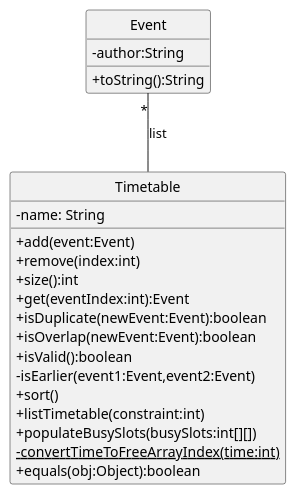
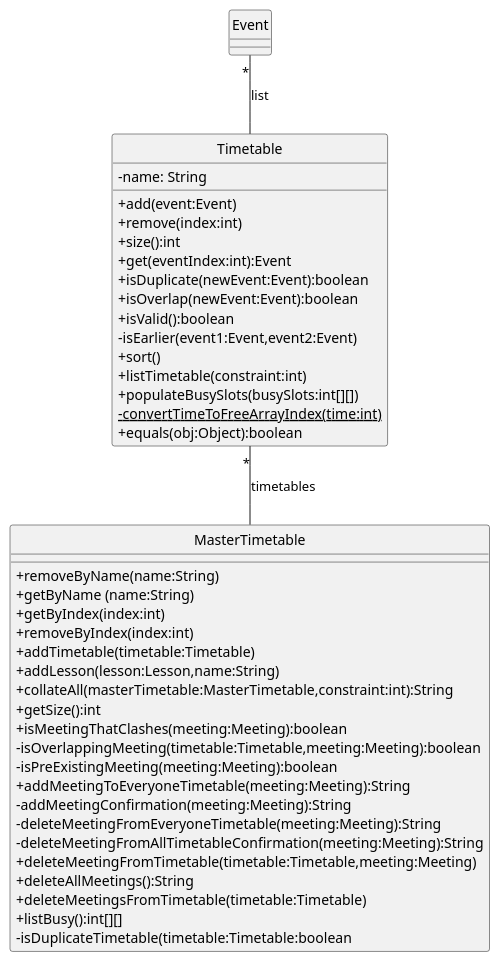
Before and after one commit to nus-cs2113-AY2122S2/tp: the diagram in docs/diagrams/Timetable.puml, drawn with PlantUML. The commit also changed 2 other files, not shown here.

Commit message:
Add class diagram for mastertimetable Edit messages to comply with standards

```diff
--- a/docs/diagrams/Timetable.puml
+++ b/docs/diagrams/Timetable.puml
@@ -1,30 +1,51 @@
 @startuml
 hide circle
 skinparam classAttributeIconSize 0
 
 class Timetable {
     -name: String
     +add(event:Event)
     +remove(index:int)
     +size():int
     +get(eventIndex:int):Event
     +isDuplicate(newEvent:Event):boolean
     +isOverlap(newEvent:Event):boolean
     +isValid():boolean
     -isEarlier(event1:Event,event2:Event)
     +sort()
     +listTimetable(constraint:int)
     +populateBusySlots(busySlots:int[][])
     -{static}convertTimeToFreeArrayIndex(time:int)
     +equals(obj:Object):boolean
 }
 
+class MasterTimetable {
+    +removeByName(name:String)
+    +getByName (name:String)
+    +getByIndex(index:int)
+    +removeByIndex(index:int)
+    +addTimetable(timetable:Timetable)
+    +addLesson(lesson:Lesson,name:String)
+    +collateAll(masterTimetable:MasterTimetable,constraint:int):String
+    +getSize():int
+    +isMeetingThatClashes(meeting:Meeting):boolean
+    -isOverlappingMeeting(timetable:Timetable,meeting:Meeting):boolean
+    -isPreExistingMeeting(meeting:Meeting):boolean
+    +addMeetingToEveryoneTimetable(meeting:Meeting):String
+    -addMeetingConfirmation(meeting:Meeting):String
+    -deleteMeetingFromEveryoneTimetable(meeting:Meeting):String
+    -deleteMeetingFromAllTimetableConfirmation(meeting:Meeting):String
+    +deleteMeetingFromTimetable(timetable:Timetable,meeting:Meeting)
+    +deleteAllMeetings():String
+    +deleteMeetingsFromTimetable(timetable:Timetable)
+    +listBusy():int[][]
+    -isDuplicateTimetable(timetable:Timetable:boolean
+}
 
 class Event {
-    -author:String
-    +toString():String
+
 }
 
 "Timetable" -u- "*" "Event" : list
-
+"MasterTimetable" -u- "*" "Timetable" : timetables
 @enduml
```
